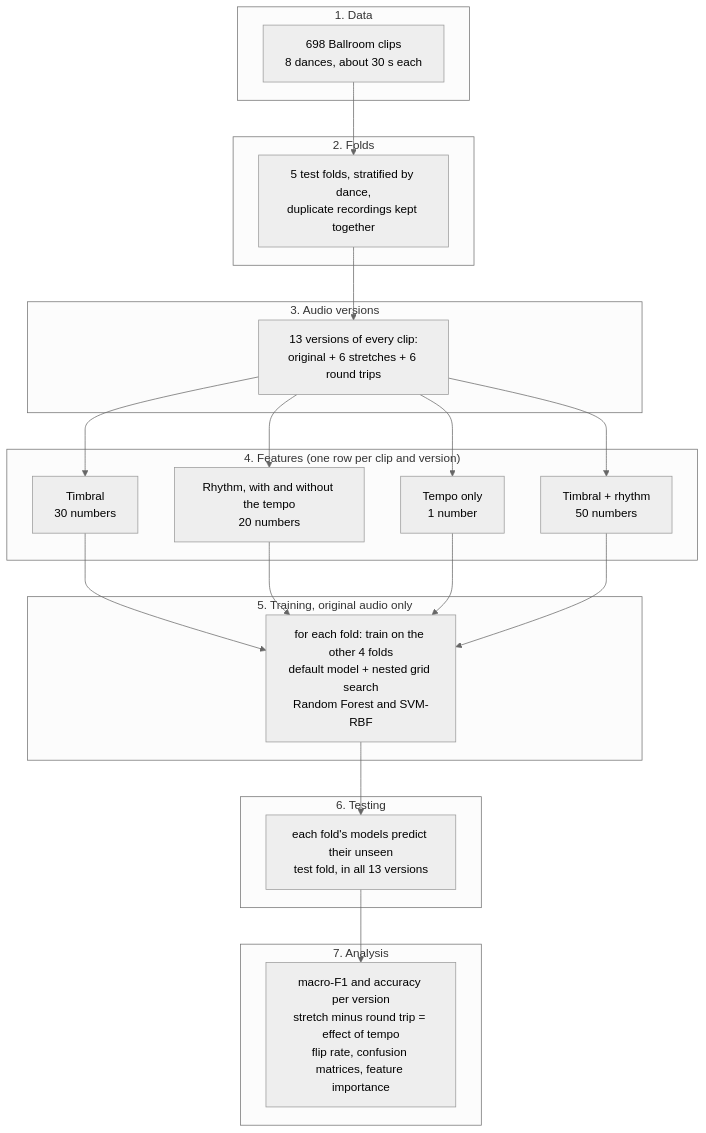
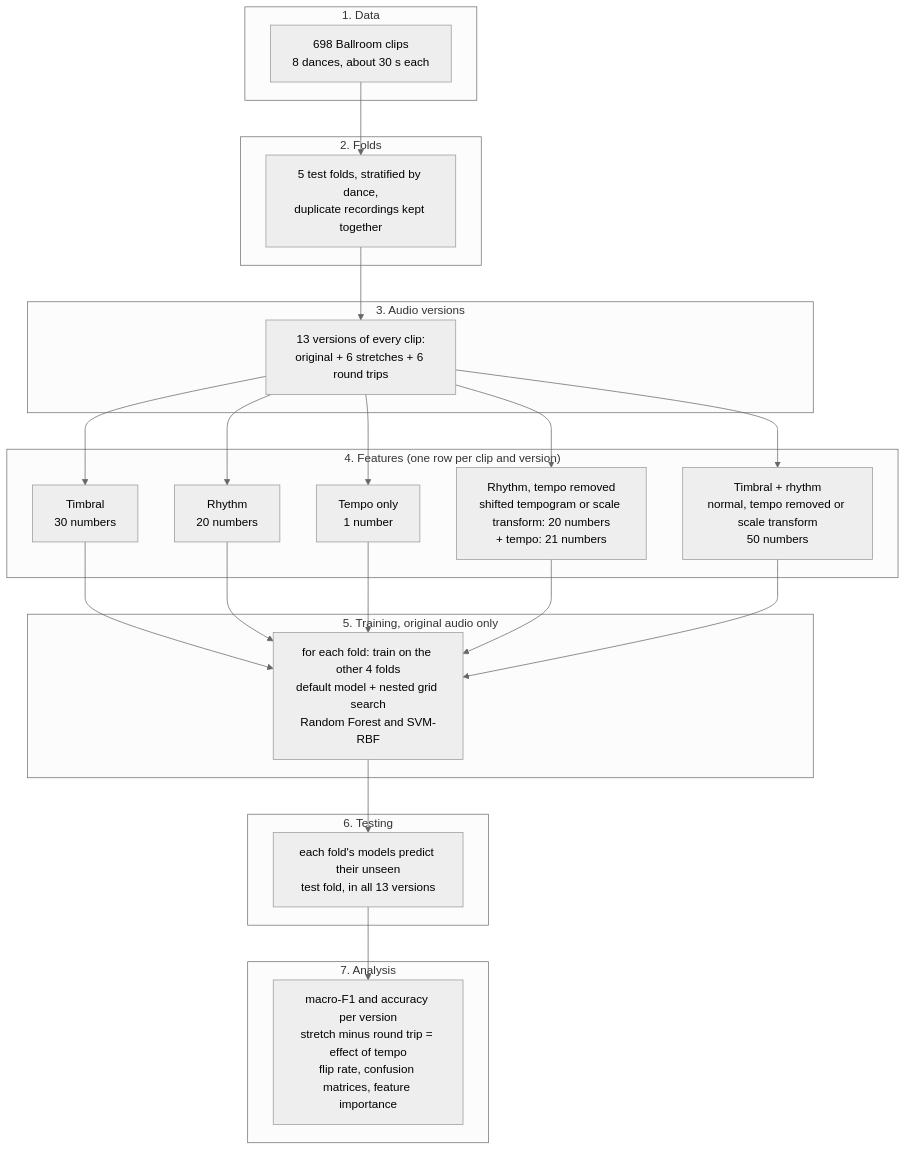
The diagram in README.md (parnianrazavipour/music-informatics-project), drawn with Mermaid (neutral theme) before and after one commit.

Commit message:
Update pipeline diagram

````diff
--- a/README.md
+++ b/README.md
@@ -48,28 +48,29 @@
 ```mermaid
 flowchart TD
     subgraph S1["1. Data"]
         A["698 Ballroom clips<br/>8 dances, about 30 s each"]
     end
     subgraph S2["2. Folds"]
         B["5 test folds, stratified by dance,<br/>duplicate recordings kept together"]
     end
     subgraph S3["3. Audio versions"]
         V["13 versions of every clip:<br/>original + 6 stretches + 6 round trips"]
     end
     subgraph S4["4. Features (one row per clip and version)"]
         C1["Timbral<br/>30 numbers"]
-        C2["Rhythm, with and without the tempo<br/>20 numbers"]
+        C2["Rhythm<br/>20 numbers"]
         C3["Tempo only<br/>1 number"]
-        C4["Timbral + rhythm<br/>50 numbers"]
+        C5["Rhythm, tempo removed<br/>shifted tempogram or scale transform: 20 numbers<br/>+ tempo: 21 numbers"]
+        C4["Timbral + rhythm<br/>normal, tempo removed or scale transform<br/>50 numbers"]
     end
     subgraph S5["5. Training, original audio only"]
         D["for each fold: train on the other 4 folds<br/>default model + nested grid search<br/>Random Forest and SVM-RBF"]
     end
     subgraph S6["6. Testing"]
         E["each fold's models predict their unseen<br/>test fold, in all 13 versions"]
     end
     subgraph S7["7. Analysis"]
         F["macro-F1 and accuracy per version<br/>stretch minus round trip = effect of tempo<br/>flip rate, confusion matrices, feature importance"]
     end
-    A --> B --> V --> C1 & C2 & C3 & C4 --> D --> E --> F
+    A --> B --> V --> C1 & C2 & C3 & C5 & C4 --> D --> E --> F
 ```
````
